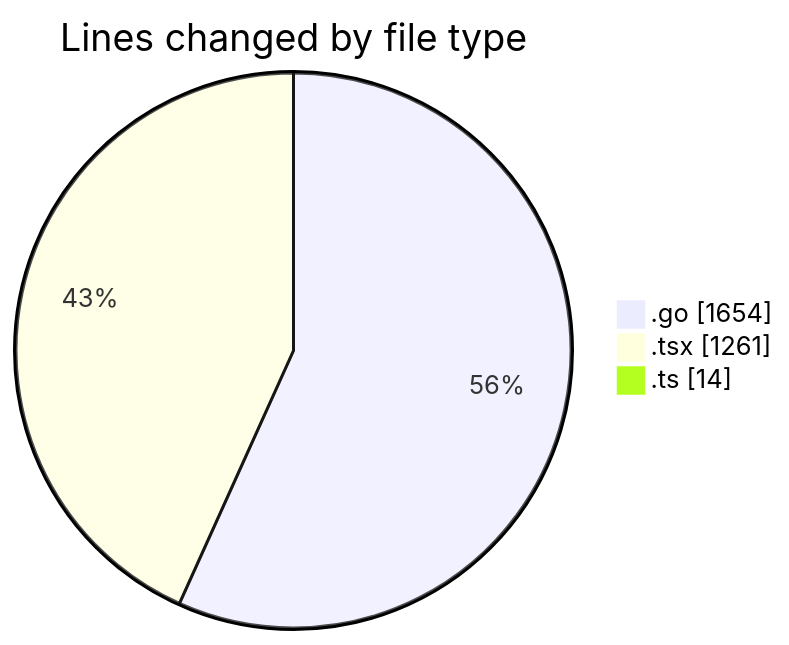
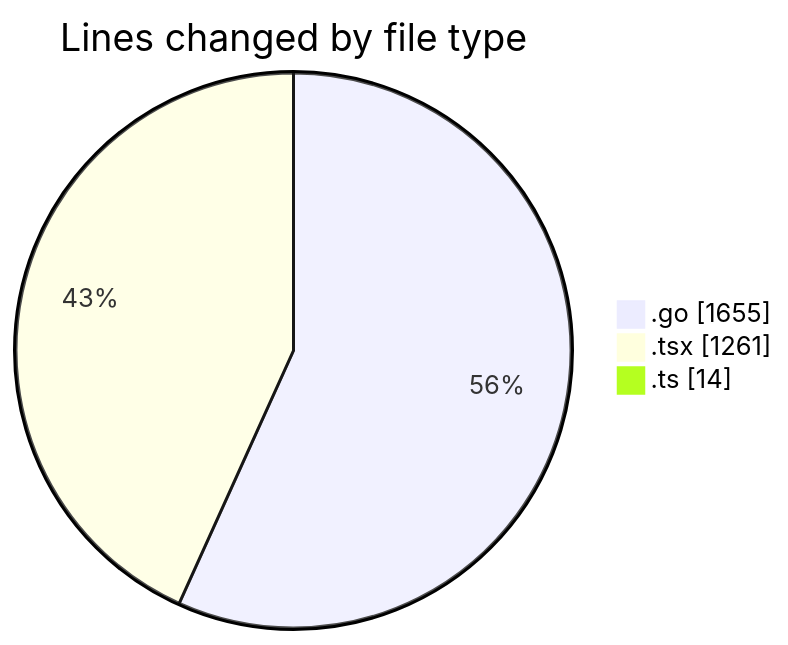
The first of 2 diagrams in 2025-03-05/termonied_testador/README.md (robertbonfada/code-tracking), drawn with Mermaid before and after one commit. The commit also changed other lines of this file and 1 other file, not shown here.

````diff
--- a/2025-03-05/termonied_testador/README.md
+++ b/2025-03-05/termonied_testador/README.md
@@ -31,7 +31,7 @@
 ```mermaid
 pie showData
 title Lines changed by file type
-".go" : 1654
+".go" : 1655
 ".tsx" : 1261
 ".ts" : 14
 ```
````
